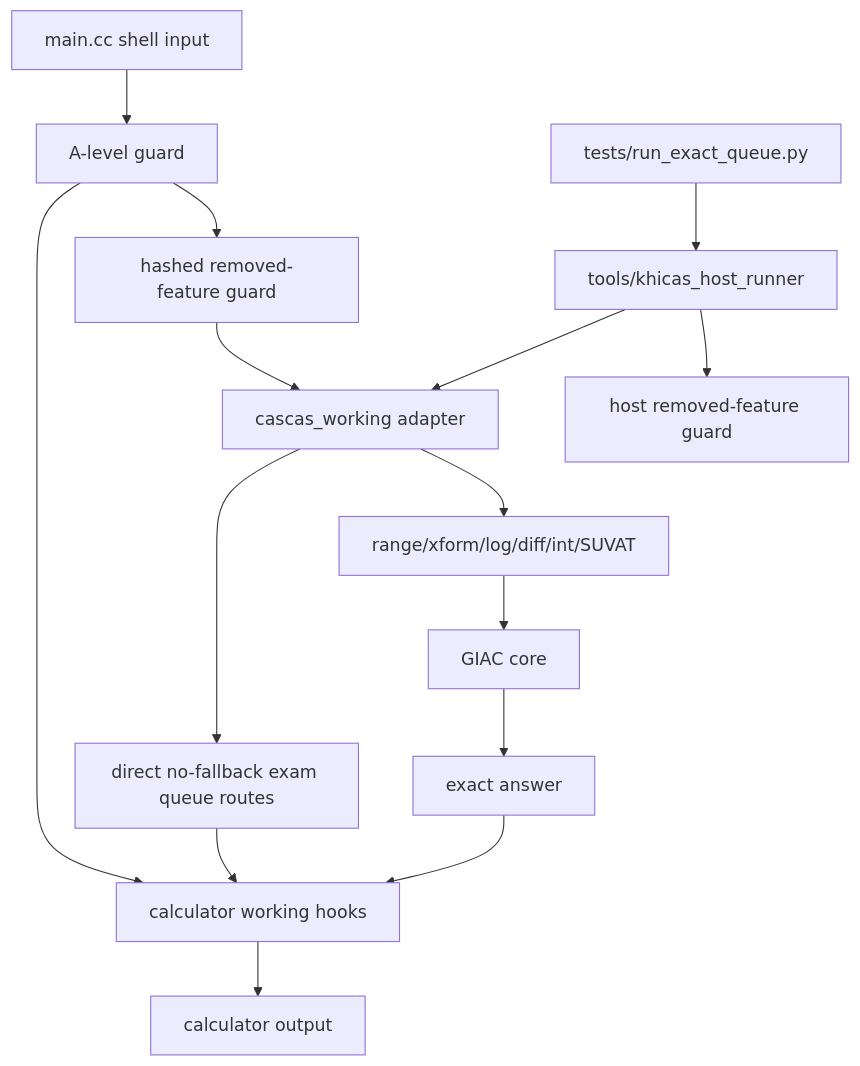
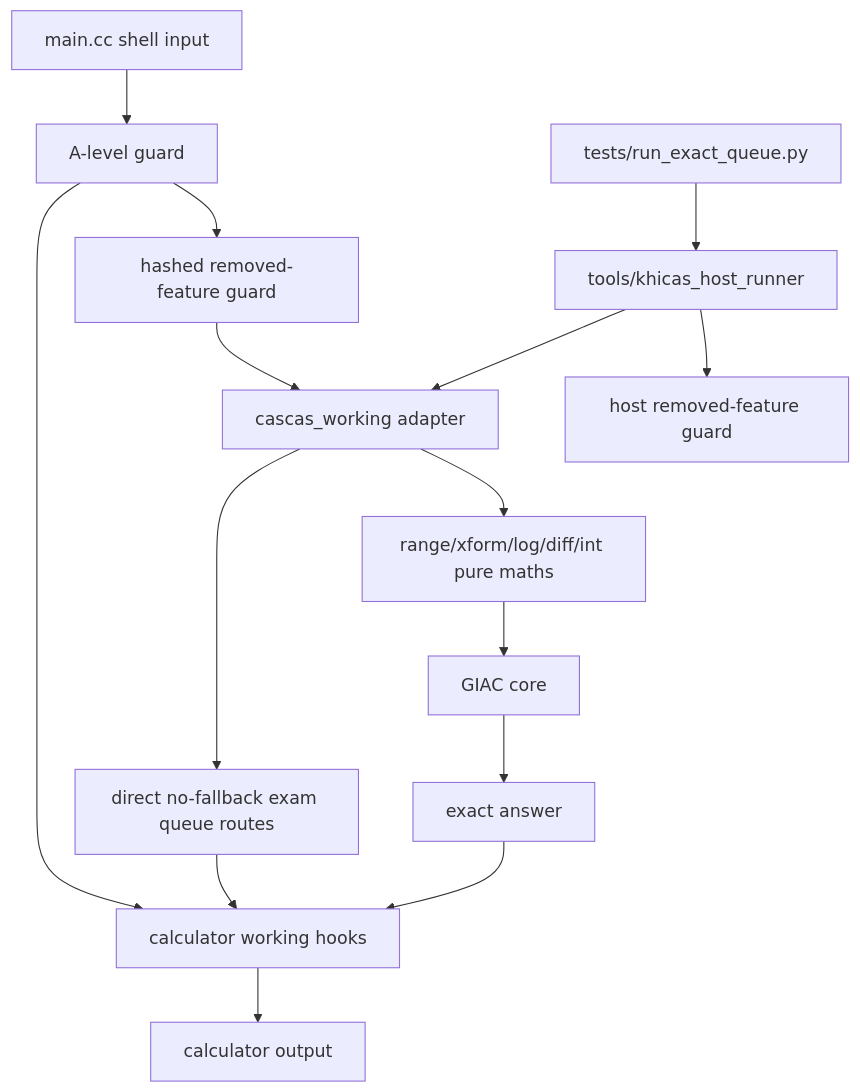
Before and after one commit to james8464/notes-addin-casio-fx-cg50: the second of 7 diagrams in docs/GRAPH.md, drawn with Mermaid. The commit also changed other lines of this file and 19 other files, not shown here.

````diff
--- a/docs/GRAPH.md
+++ b/docs/GRAPH.md
@@ -25,17 +25,17 @@
 ```mermaid
 graph TD
   Input["main.cc shell input"] --> Guard["A-level guard"]
   Guard --> Hash["hashed removed-feature guard"]
   Hash --> Shared["cascas_working adapter"]
-  Shared --> Rewrite["range/xform/log/diff/int/SUVAT"]
+  Shared --> Rewrite["range/xform/log/diff/int pure maths"]
   Shared --> DirectQueue["direct no-fallback exam queue routes"]
   Rewrite --> Giac["GIAC core"]
   DirectQueue --> CalcWork
   Giac --> Answer["exact answer"]
   Guard --> CalcWork["calculator working hooks"]
   HostIn["tests/run_exact_queue.py"] --> HostWrap["tools/khicas_host_runner"]
   HostWrap --> HostGuard["host removed-feature guard"]
   HostWrap --> Shared
   Answer --> CalcWork
   CalcWork --> Console["calculator output"]
 ```
````
